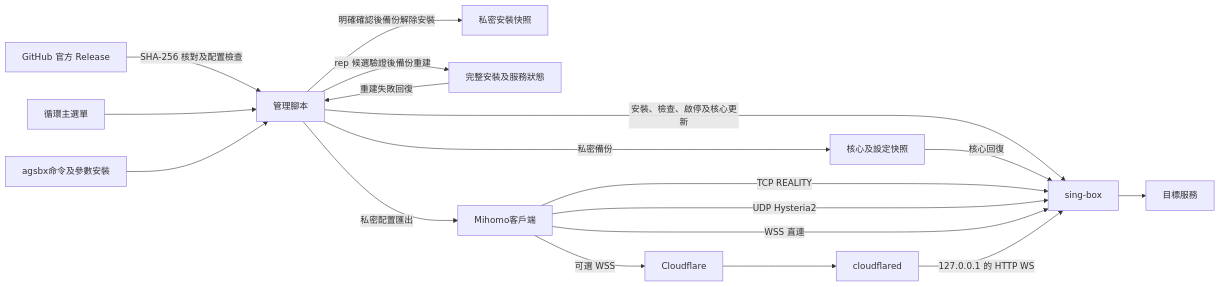
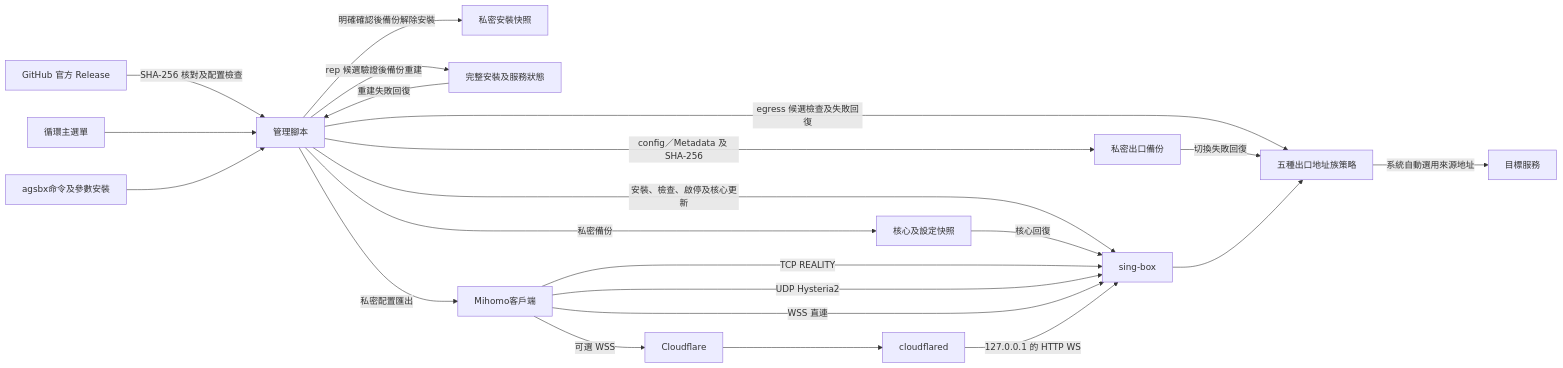
The diagram in schemas/tri-proxy.md (dxtong/tri-proxy-debian), drawn with Mermaid before and after one commit. The commit also changed other lines of this file and 9 other files, not shown here.

````diff
--- a/schemas/tri-proxy.md
+++ b/schemas/tri-proxy.md
@@ -3,20 +3,24 @@
 ```mermaid
 flowchart LR
   官方Release[GitHub 官方 Release] -->|SHA-256 核對及配置檢查| 管理腳本
   循環主選單 --> 管理腳本
   agsbx命令及參數安裝 --> 管理腳本
   管理腳本 -->|安裝、檢查、啟停及核心更新| singbox[sing-box]
   管理腳本 -->|私密備份| 備份[核心及設定快照]
   備份 -->|核心回復| singbox
   管理腳本 -->|明確確認後備份解除安裝| 安裝快照[私密安裝快照]
   管理腳本 -->|rep 候選驗證後備份重建| 重建快照[完整安裝及服務狀態]
   重建快照 -->|重建失敗回復| 管理腳本
   管理腳本 -->|私密配置匯出| Mihomo客戶端
   Mihomo客戶端 -->|TCP REALITY| singbox
   Mihomo客戶端 -->|UDP Hysteria2| singbox
   Mihomo客戶端 -->|WSS 直連| singbox
   Mihomo客戶端 -->|可選 WSS| Cloudflare
   Cloudflare --> cloudflared
   cloudflared -->|127.0.0.1 的 HTTP WS| singbox
-  singbox --> 目標服務
+  管理腳本 -->|egress 候選檢查及失敗回復| 出口配置[五種出口地址族策略]
+  管理腳本 -->|config／Metadata 及 SHA-256| 出口備份[私密出口備份]
+  出口備份 -->|切換失敗回復| 出口配置
+  singbox --> 出口配置
+  出口配置 -->|系統自動選用來源地址| 目標服務
 ```
````
